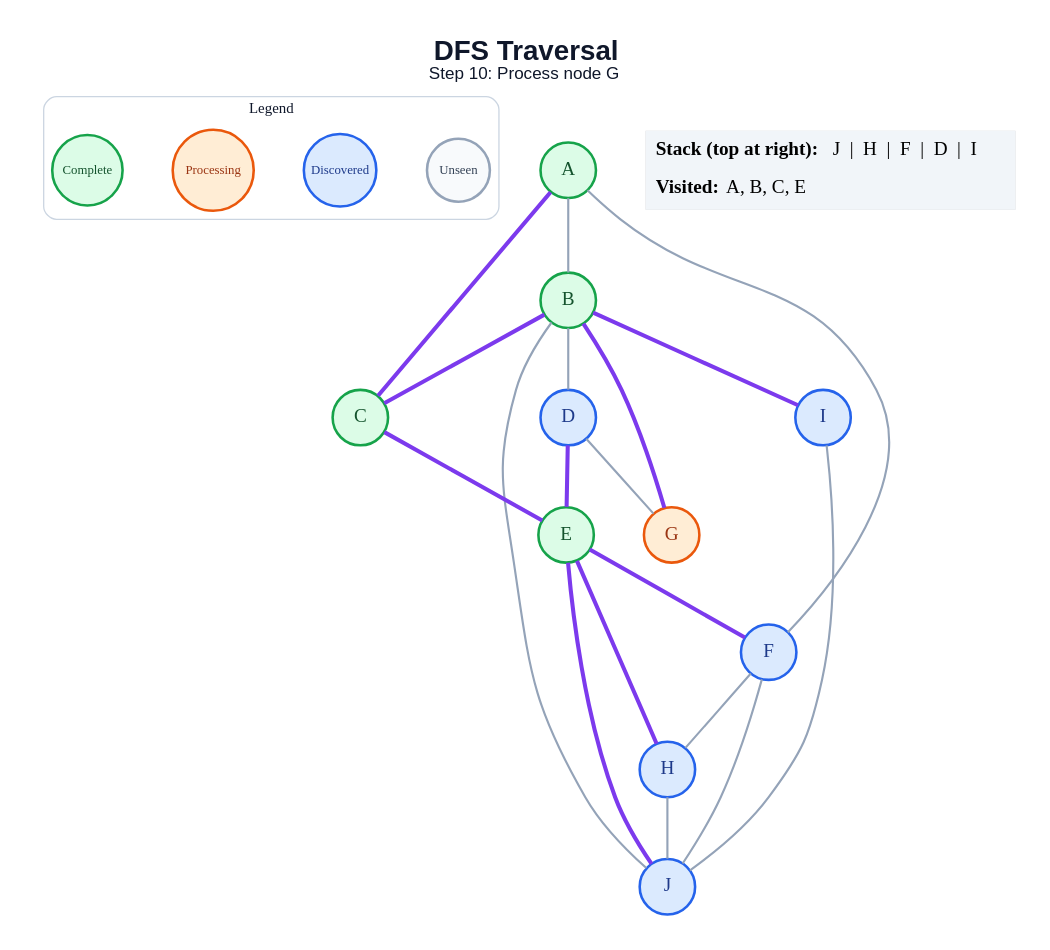
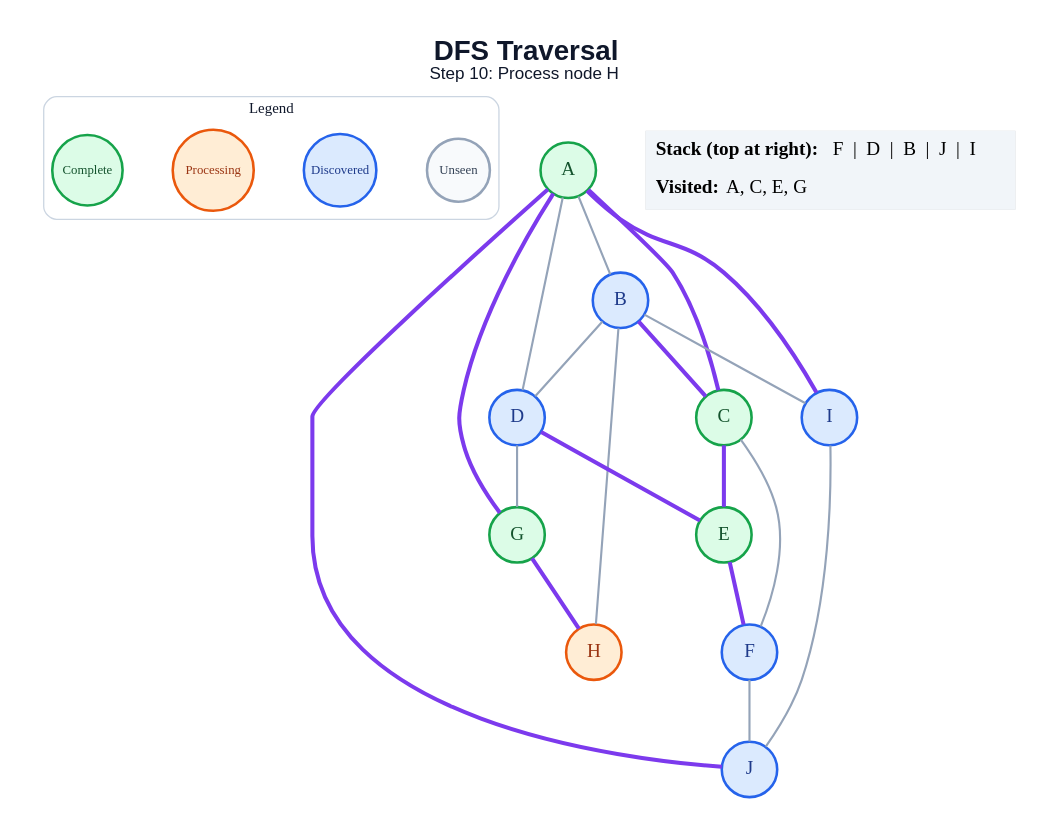
One commit to amanghodawala9/ai-slop changed the diagram in generated/specific-node/dfs/step_10.dot. Above: the diagram before and after it, drawn with Graphviz. The commit also changed 178 other files, not shown here.

```diff
--- a/generated/specific-node/dfs/step_10.dot
+++ b/generated/specific-node/dfs/step_10.dot
@@ -1,47 +1,47 @@
 graph traversal {
   graph [layout=dot, rankdir=TB, bgcolor="#FFFFFF", pad="0.35", nodesep="0.65", ranksep="0.8", fontname="Arial"];
   node [shape=circle, style="filled", fontname="Arial Bold", fontsize=18, width=0.72, fixedsize=true, penwidth=2.4];
   edge [color="#94A3B8", penwidth=2.0];
-  label=<<B>DFS Traversal</B><BR/><FONT POINT-SIZE="16">Step 10: Process node G</FONT>>; labelloc="t"; fontsize=26; fontname="Arial"; fontcolor="#0F172A";
+  label=<<B>DFS Traversal</B><BR/><FONT POINT-SIZE="16">Step 10: Process node H</FONT>>; labelloc="t"; fontsize=26; fontname="Arial"; fontcolor="#0F172A";
   subgraph cluster_legend { label="Legend"; color="#CBD5E1"; penwidth=1.2; style="rounded"; fontsize=14; fontname="Arial Bold";
     key_unseen [label="Unseen", fillcolor="#F8FAFC", color="#94A3B8", fontcolor="#334155", fontsize=12, width=0.82];
     key_frontier [label="Discovered", fillcolor="#DBEAFE", color="#2563EB", fontcolor="#1E3A8A", fontsize=12, width=0.95];
     key_current [label="Processing", fillcolor="#FFEDD5", color="#EA580C", fontcolor="#9A3412", fontsize=12, width=1.05];
     key_done [label="Complete", fillcolor="#DCFCE7", color="#16A34A", fontcolor="#14532D", fontsize=12, width=0.92];
     { rank=same; key_unseen; key_frontier; key_current; key_done; }
   }
   A [fillcolor="#DCFCE7", color="#16A34A", fontcolor="#14532D"];
-  B [fillcolor="#DCFCE7", color="#16A34A", fontcolor="#14532D"];
+  B [fillcolor="#DBEAFE", color="#2563EB", fontcolor="#1E3A8A"];
   C [fillcolor="#DCFCE7", color="#16A34A", fontcolor="#14532D"];
   D [fillcolor="#DBEAFE", color="#2563EB", fontcolor="#1E3A8A"];
   E [fillcolor="#DCFCE7", color="#16A34A", fontcolor="#14532D"];
   F [fillcolor="#DBEAFE", color="#2563EB", fontcolor="#1E3A8A"];
-  G [fillcolor="#FFEDD5", color="#EA580C", fontcolor="#9A3412"];
-  H [fillcolor="#DBEAFE", color="#2563EB", fontcolor="#1E3A8A"];
+  G [fillcolor="#DCFCE7", color="#16A34A", fontcolor="#14532D"];
+  H [fillcolor="#FFEDD5", color="#EA580C", fontcolor="#9A3412"];
   I [fillcolor="#DBEAFE", color="#2563EB", fontcolor="#1E3A8A"];
   J [fillcolor="#DBEAFE", color="#2563EB", fontcolor="#1E3A8A"];
   A -- B;
   A -- C [color="#7C3AED", penwidth=3.8];
-  A -- F;
+  A -- D;
+  A -- G [color="#7C3AED", penwidth=3.8];
+  A -- I [color="#7C3AED", penwidth=3.8];
+  A -- J [color="#7C3AED", penwidth=3.8];
   B -- C [color="#7C3AED", penwidth=3.8];
   B -- D;
-  B -- G [color="#7C3AED", penwidth=3.8];
-  B -- I [color="#7C3AED", penwidth=3.8];
-  B -- J;
+  B -- H;
+  B -- I;
   C -- E [color="#7C3AED", penwidth=3.8];
+  C -- F;
   D -- E [color="#7C3AED", penwidth=3.8];
   D -- G;
   E -- F [color="#7C3AED", penwidth=3.8];
-  E -- H [color="#7C3AED", penwidth=3.8];
-  E -- J [color="#7C3AED", penwidth=3.8];
-  F -- H;
   F -- J;
-  H -- J;
+  G -- H [color="#7C3AED", penwidth=3.8];
   I -- J;
   status [shape=plain, fixedsize=false, width=0, height=0, margin=0, label=<
     <TABLE BORDER="0" CELLBORDER="0" CELLPADDING="7" BGCOLOR="#F1F5F9">
-      <TR><TD ALIGN="LEFT"><B>Stack (top at right):</B> J  |  H  |  F  |  D  |  I</TD></TR>
-      <TR><TD ALIGN="LEFT"><B>Visited:</B> A, B, C, E</TD></TR>
+      <TR><TD ALIGN="LEFT"><B>Stack (top at right):</B> F  |  D  |  B  |  J  |  I</TD></TR>
+      <TR><TD ALIGN="LEFT"><B>Visited:</B> A, C, E, G</TD></TR>
     </TABLE>
   >];
 }
```
